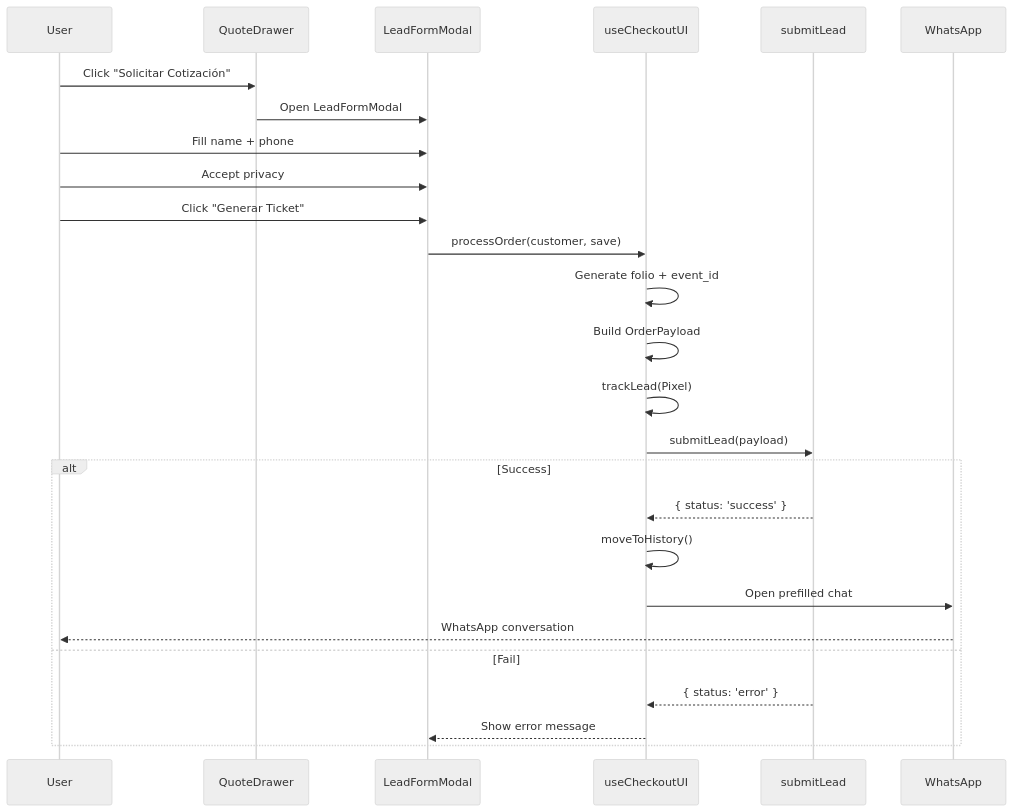
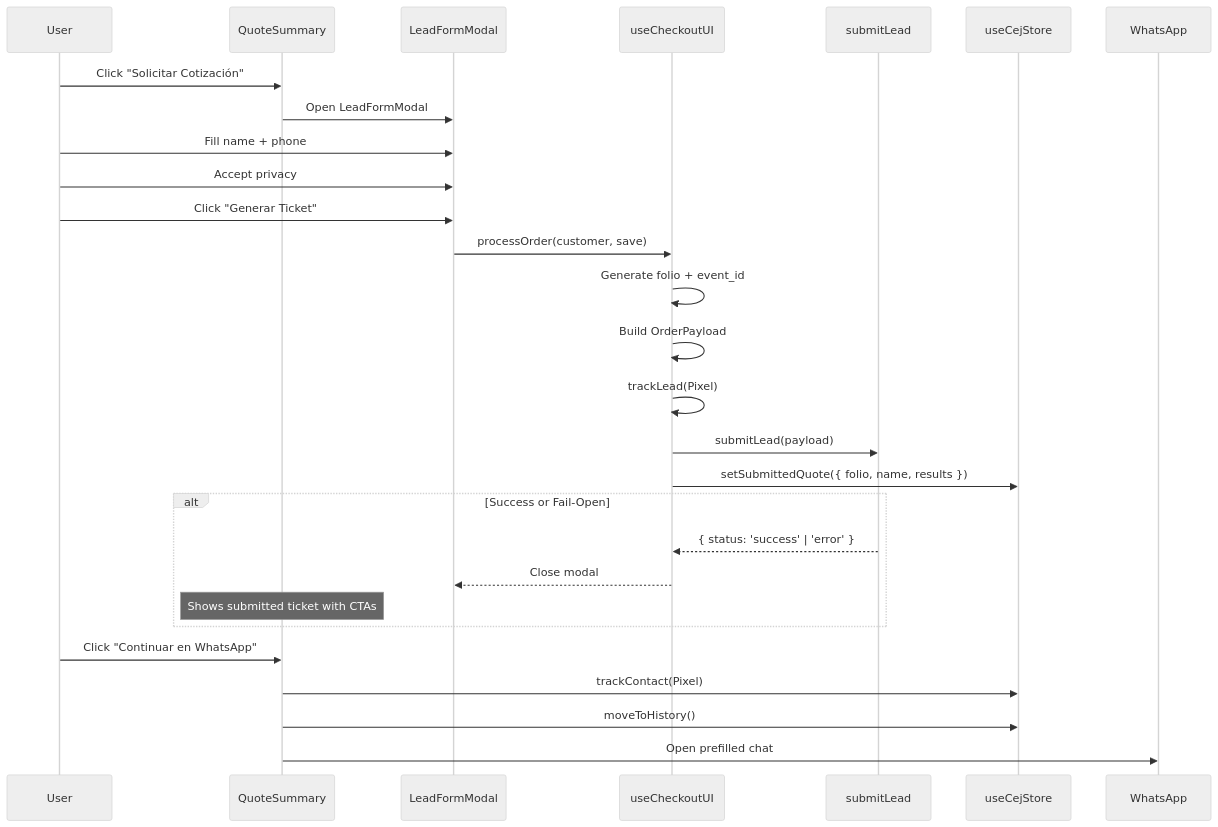
One commit to fm-dev-mx/cej-landing changed the sixth of 14 diagrams in docs/UX_FLOWS.md. Above: the diagram before and after it, drawn with Mermaid (neutral theme). The commit also changed other lines of this file and 7 other files, not shown here.

````diff
--- a/docs/UX_FLOWS.md
+++ b/docs/UX_FLOWS.md
@@ -124,31 +126,34 @@
 ```mermaid
 sequenceDiagram
     participant User
-    participant Drawer as QuoteDrawer
+    participant Summary as QuoteSummary
     participant Modal as LeadFormModal
     participant Hook as useCheckoutUI
     participant Server as submitLead
+    participant Store as useCejStore
     participant WA as WhatsApp
 
-    User->>Drawer: Click "Solicitar Cotización"
-    Drawer->>Modal: Open LeadFormModal
+    User->>Summary: Click "Solicitar Cotización"
+    Summary->>Modal: Open LeadFormModal
     User->>Modal: Fill name + phone
     User->>Modal: Accept privacy
     User->>Modal: Click "Generar Ticket"
     Modal->>Hook: processOrder(customer, save)
 
     Hook->>Hook: Generate folio + event_id
     Hook->>Hook: Build OrderPayload
     Hook->>Hook: trackLead(Pixel)
     Hook->>Server: submitLead(payload)
+    Hook->>Store: setSubmittedQuote({ folio, name, results })
 
-    alt Success
-        Server-->>Hook: { status: 'success' }
-        Hook->>Hook: moveToHistory()
-        Hook->>WA: Open prefilled chat
-        WA-->>User: WhatsApp conversation
-    else Fail
-        Server-->>Hook: { status: 'error' }
-        Hook-->>Modal: Show error message
+    alt Success or Fail-Open
+        Server-->>Hook: { status: 'success' | 'error' }
+        Hook-->>Modal: Close modal
+        Note over Summary: Shows submitted ticket with CTAs
     end
+
+    User->>Summary: Click "Continuar en WhatsApp"
+    Summary->>Store: trackContact(Pixel)
+    Summary->>Store: moveToHistory()
+    Summary->>WA: Open prefilled chat
 ```
````
